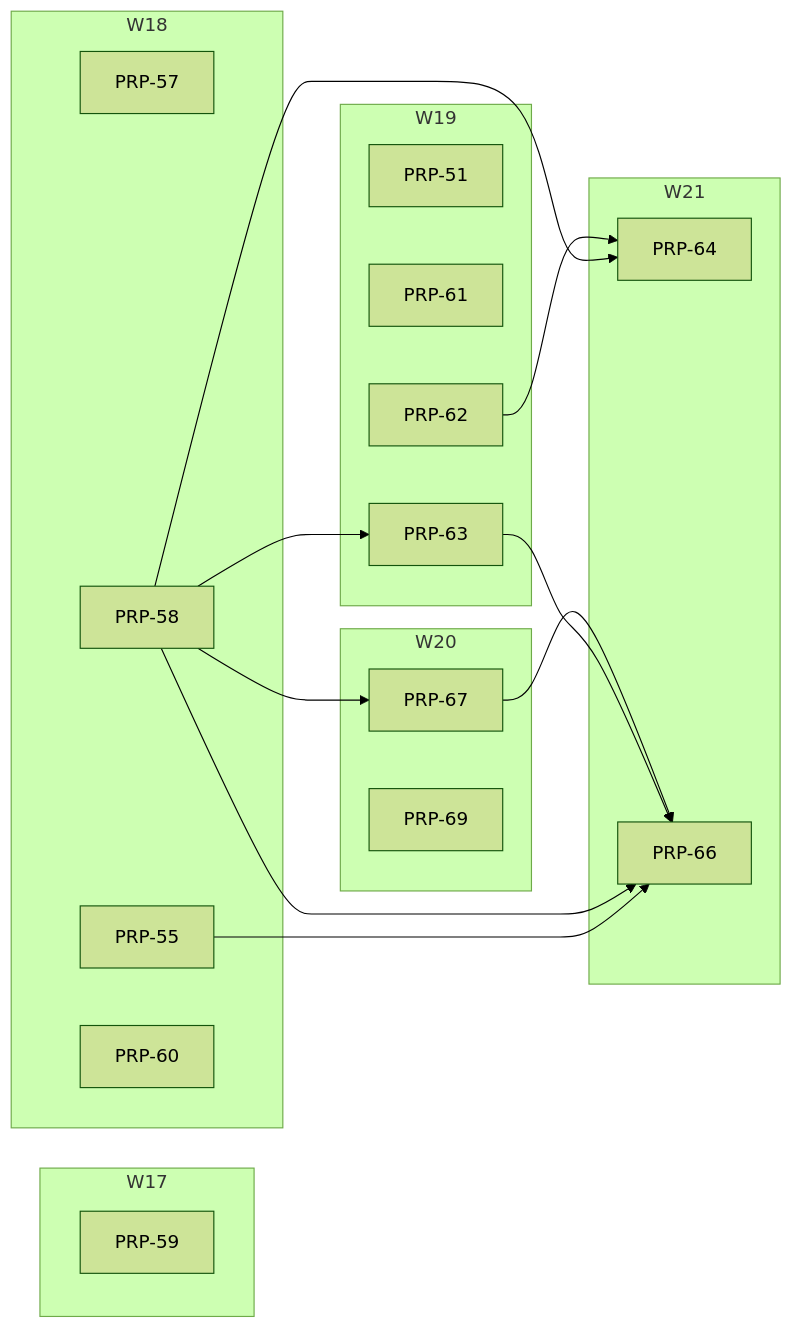
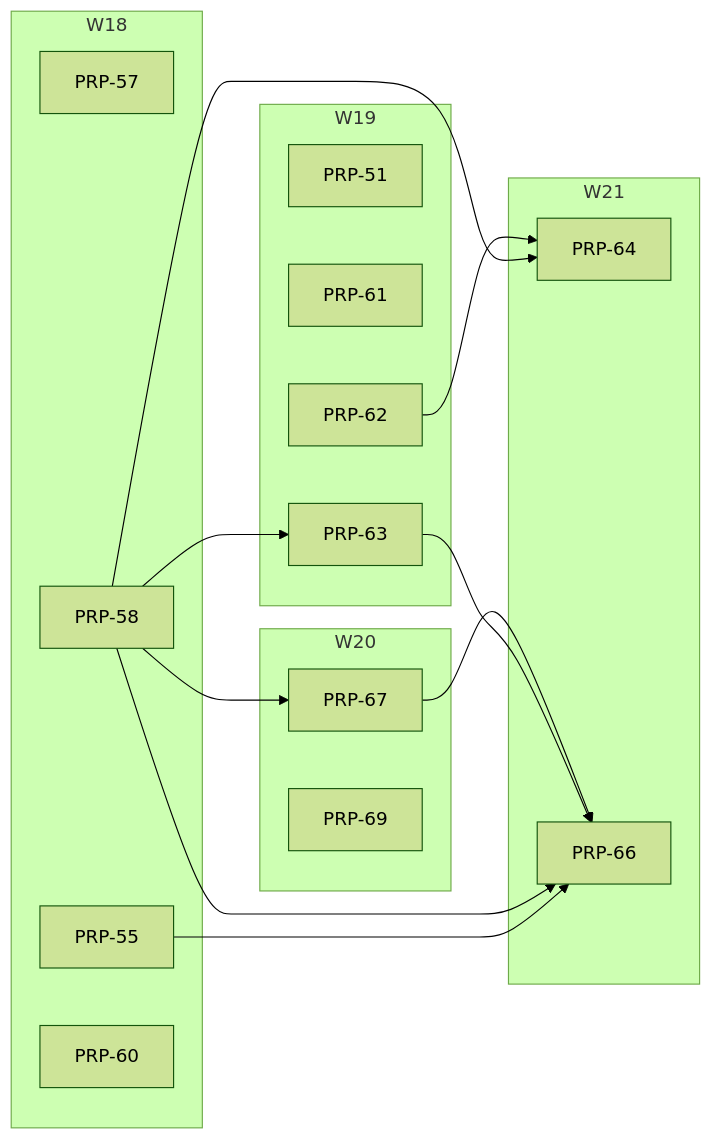
One commit to fgarofalo56/neurosphere changed the diagram in PRPs/EXECUTION-PLAN.md. Above: the diagram before and after it, drawn with Mermaid (forest theme). The commit also changed other lines of this file and 4 other files, not shown here.

````diff
--- a/PRPs/EXECUTION-PLAN.md
+++ b/PRPs/EXECUTION-PLAN.md
@@ -105,34 +97,31 @@
 ```mermaid
 flowchart LR
-  subgraph W17
-    P59["PRP-59"]
-  end
   subgraph W18
     P57["PRP-57"]
     P55["PRP-55"]
     P58["PRP-58"]
     P60["PRP-60"]
   end
   subgraph W19
     P51["PRP-51"]
     P61["PRP-61"]
     P62["PRP-62"]
     P63["PRP-63"]
   end
   subgraph W20
     P67["PRP-67"]
     P69["PRP-69"]
   end
   subgraph W21
     P64["PRP-64"]
     P66["PRP-66"]
   end
   P58 --> P63
   P58 --> P64
   P62 --> P64
   P55 --> P66
   P58 --> P66
   P63 --> P66
   P67 --> P66
   P58 --> P67
 ```
````
